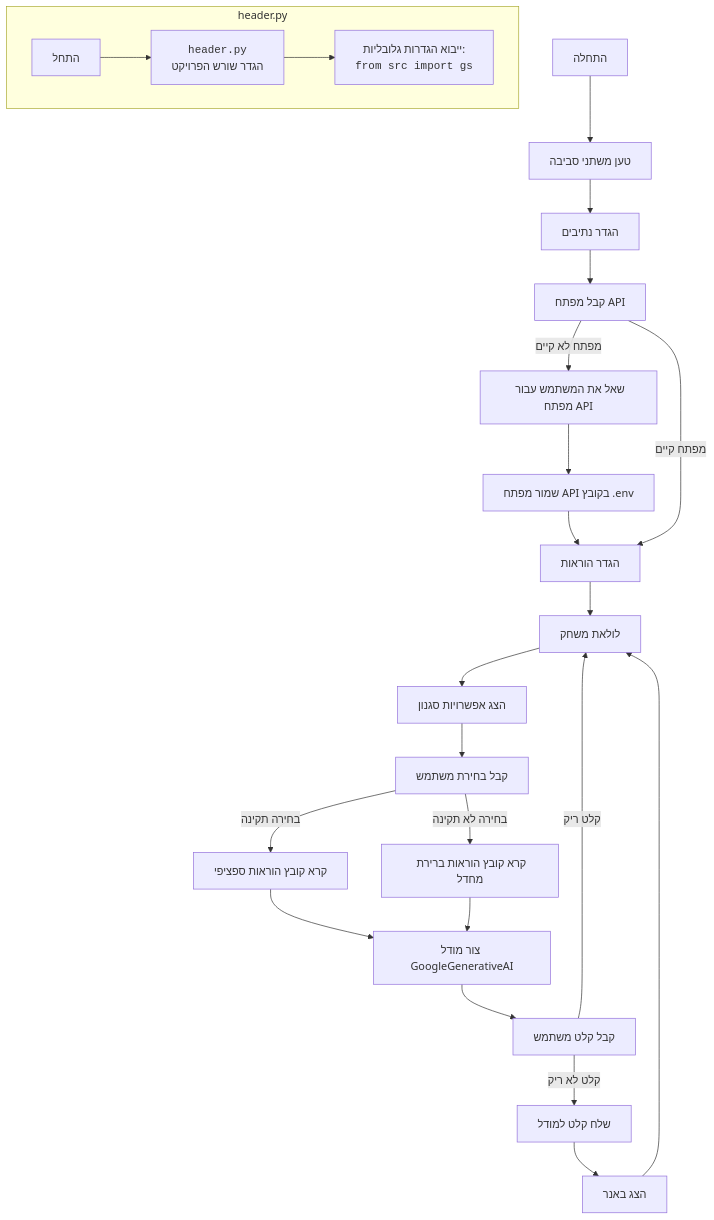
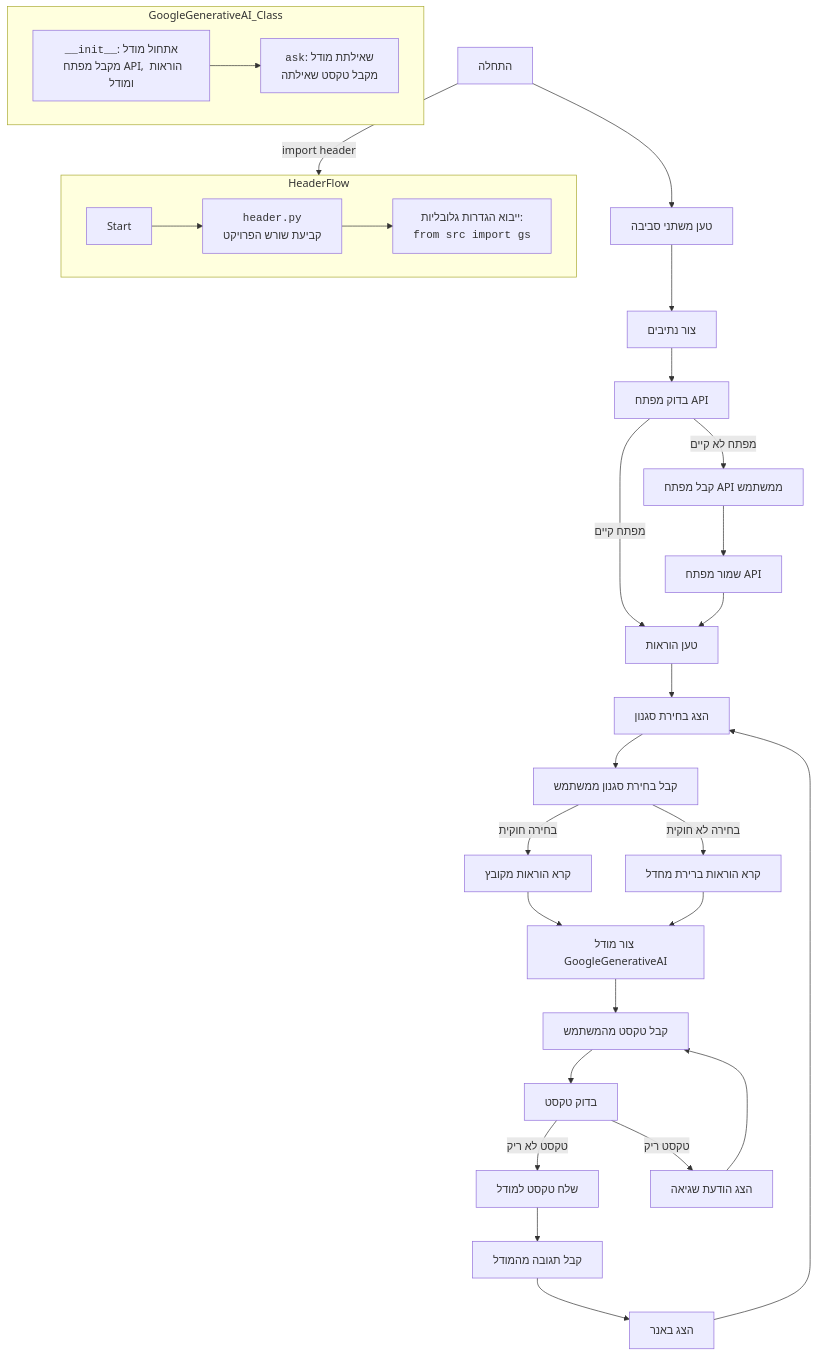
The diagram in docs/gemini/he/explainer/src/endpoints/ai_games/101_basic_computer_games/ru/GAMES/AI/BANNER_AI/banner_ai.py.md (hypo69/hypo), drawn with Mermaid before and after one commit. The commit also changed other lines of this file and 885 other files, not shown here.

````diff
--- a/docs/gemini/he/explainer/src/endpoints/ai_games/101_basic_computer_games/ru/GAMES/AI/BANNER_AI/banner_ai.py.md
+++ b/docs/gemini/he/explainer/src/endpoints/ai_games/101_basic_computer_games/ru/GAMES/AI/BANNER_AI/banner_ai.py.md
@@ -53,27 +41,42 @@
 ```mermaid
 flowchart TD
-    Start[התחלה] --> LoadEnv[טען משתני סביבה];
-    LoadEnv --> SetPaths[הגדר נתיבים];
-    SetPaths --> GetAPIKey[קבל מפתח API];
-    GetAPIKey -- מפתח לא קיים --> AskAPIKey[שאל את המשתמש עבור מפתח API];
-    AskAPIKey --> SaveAPIKey[שמור מפתח API בקובץ .env];
-    SaveAPIKey --> DefineInstructions[הגדר הוראות];
-    GetAPIKey -- מפתח קיים --> DefineInstructions;
-    DefineInstructions --> GameLoop[לולאת משחק];
-    GameLoop --> DisplayOptions[הצג אפשרויות סגנון];
-    DisplayOptions --> GetChoice[קבל בחירת משתמש];
-    GetChoice -- בחירה תקינה --> ReadInstructionFile[קרא קובץ הוראות ספציפי];
-    ReadInstructionFile --> CreateModel[צור מודל GoogleGenerativeAI];
-     GetChoice -- בחירה לא תקינה --> ReadDefaultInstruction[קרא קובץ הוראות ברירת מחדל];
-    ReadDefaultInstruction --> CreateModel;
-    CreateModel --> GetUserInput[קבל קלט משתמש];
-     GetUserInput -- קלט ריק --> GameLoop;
-    GetUserInput -- קלט לא ריק --> AskModel[שלח קלט למודל];
-    AskModel --> DisplayBanner[הצג באנר];
-    DisplayBanner --> GameLoop;
+    Start[התחלה] --> LoadEnv[טען משתני סביבה]
+    LoadEnv --> CreatePath[צור נתיבים]
+    CreatePath --> CheckAPI[בדוק מפתח API]
+    CheckAPI -- מפתח קיים --> LoadInstructions[טען הוראות]
+    CheckAPI -- מפתח לא קיים --> GetAPI[קבל מפתח API ממשתמש]
+    GetAPI --> SaveAPI[שמור מפתח API]
+    SaveAPI --> LoadInstructions
+    LoadInstructions --> ChooseStyle[הצג בחירת סגנון]
+    ChooseStyle --> GetStyle[קבל בחירת סגנון ממשתמש]
+    GetStyle -- בחירה חוקית --> ReadInstruction[קרא הוראות מקובץ]
+    GetStyle -- בחירה לא חוקית --> ReadDefaultInstruction[קרא הוראות ברירת מחדל]
+    ReadInstruction --> CreateModel[צור מודל GoogleGenerativeAI]
+    ReadDefaultInstruction --> CreateModel
+    CreateModel --> GetText[קבל טקסט מהמשתמש]
+    GetText --> CheckText[בדוק טקסט]
+    CheckText -- טקסט לא ריק --> SendToModel[שלח טקסט למודל]
+    CheckText -- טקסט ריק --> InvalidInput[הצג הודעת שגיאה]
+    SendToModel --> GetResponse[קבל תגובה מהמודל]
+    GetResponse --> ShowBanner[הצג באנר]
+    ShowBanner --> ChooseStyle
+    InvalidInput --> GetText
+    
+    
+    
+    
+   subgraph GoogleGenerativeAI_Class
+    direction LR
+        InitMethod[<code>__init__</code>: אתחול מודל<br> מקבל מפתח API, הוראות ומודל]
+        AskMethod[<code>ask</code>: שאילתת מודל <br> מקבל טקסט שאילתה]
+        InitMethod --> AskMethod
+    end
+    Start -- import header --> HeaderFlow
+    
+    subgraph HeaderFlow
+    direction LR
+    HeaderStart[Start] --> HeaderDef[<code>header.py</code><br> קביעת שורש הפרויקט]
+        HeaderDef --> HeaderImport[ייבוא הגדרות גלובליות: <br><code>from src import gs</code>]
+    end
 
-    subgraph "header.py"
-        HeaderStart[התחל] --> HeaderDefinesProjectRoot[<code>header.py</code><br>הגדר שורש הפרויקט]
-        HeaderDefinesProjectRoot --> HeaderImportsGlobalSettings[ייבוא הגדרות גלובליות: <br><code>from src import gs</code>]
-    end
 ```
````
